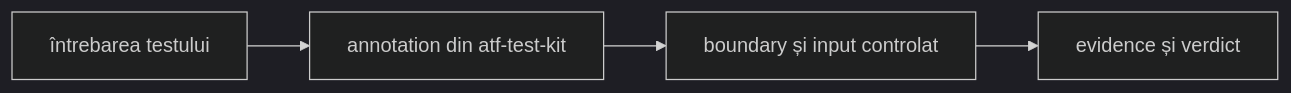
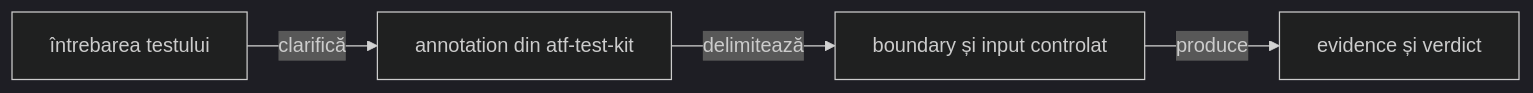
Before and after one commit to crististefanita/demo2: the third of 6 diagrams in README.md, drawn with Mermaid (dark theme). The commit also changed other lines of this file and 102 other files, not shown here.

````diff
--- a/README.md
+++ b/README.md
@@ -147,11 +143,11 @@
 ```mermaid
 flowchart LR
     Question[întrebarea testului]
     Layer[annotation din atf-test-kit]
     Scope[boundary și input controlat]
     Proof[evidence și verdict]
 
-    Question --> Layer
-    Layer --> Scope
-    Scope --> Proof
+    Question -->|clarifică| Layer
+    Layer -->|delimitează| Scope
+    Scope -->|produce| Proof
 ```
````
